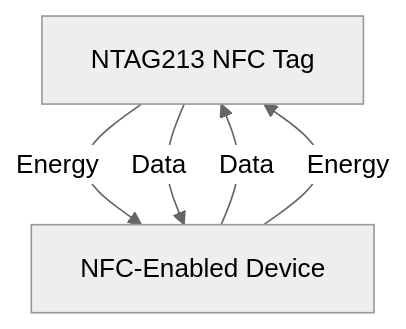
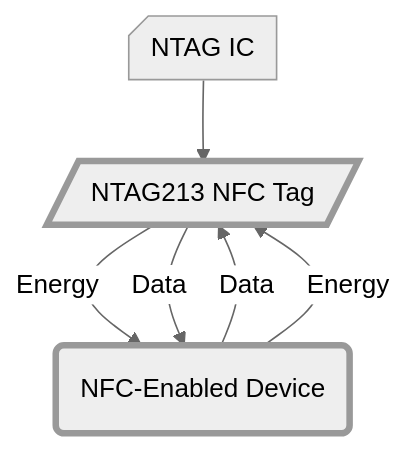
One commit to fscek/moj-zet-app-guide changed the diagram in docs/index.md. Above: the diagram before and after it, drawn with Mermaid (neutral theme). The commit also changed 1 other file, not shown here.

Commit message:
[CHORE] - Update Mermaid diagram, layout and theme

````diff
--- a/docs/index.md
+++ b/docs/index.md
@@ -212,9 +212,16 @@
 ```mermaid
 graph TD;
     accTitle: Communication between NTAG213 NFC Tag and Device
     accDescr: Depicts the energy and data exchange between an NTAG213 NFC Tag and an NFC-enabled device
-    NTAG213["NTAG213 NFC Tag"] -->|Energy| NFCDevice["NFC-Enabled Device"];
-    NFCDevice -->|Data| NTAG213;
-    NFCDevice -->|Energy| NTAG213;
-    NTAG213 -->|Data| NFCDevice;
+    NTAGIC["NTAG IC"] --> NTAG213["NTAG213 NFC Tag"]
+    NTAG213 -- Energy --> NFCDevice["NFC-Enabled Device"]
+    NFCDevice -- Data --> NTAG213
+    NFCDevice -- Energy --> NTAG213
+    NTAG213 -- Data --> NFCDevice
+    NTAGIC@{ shape: card}
+    NTAG213@{ shape: lean-r}
+    NFCDevice@{ shape: rounded}
+    style NTAG213 stroke-width:4px,stroke-dasharray: 0
+    style NFCDevice stroke-width:4px,stroke-dasharray: 0
+
 ```
````
